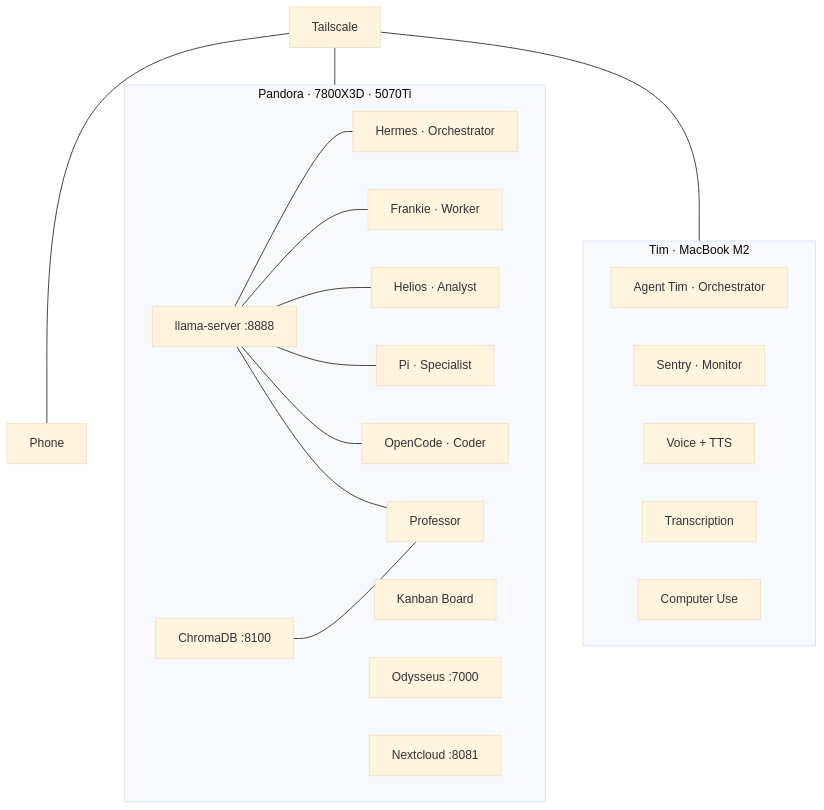
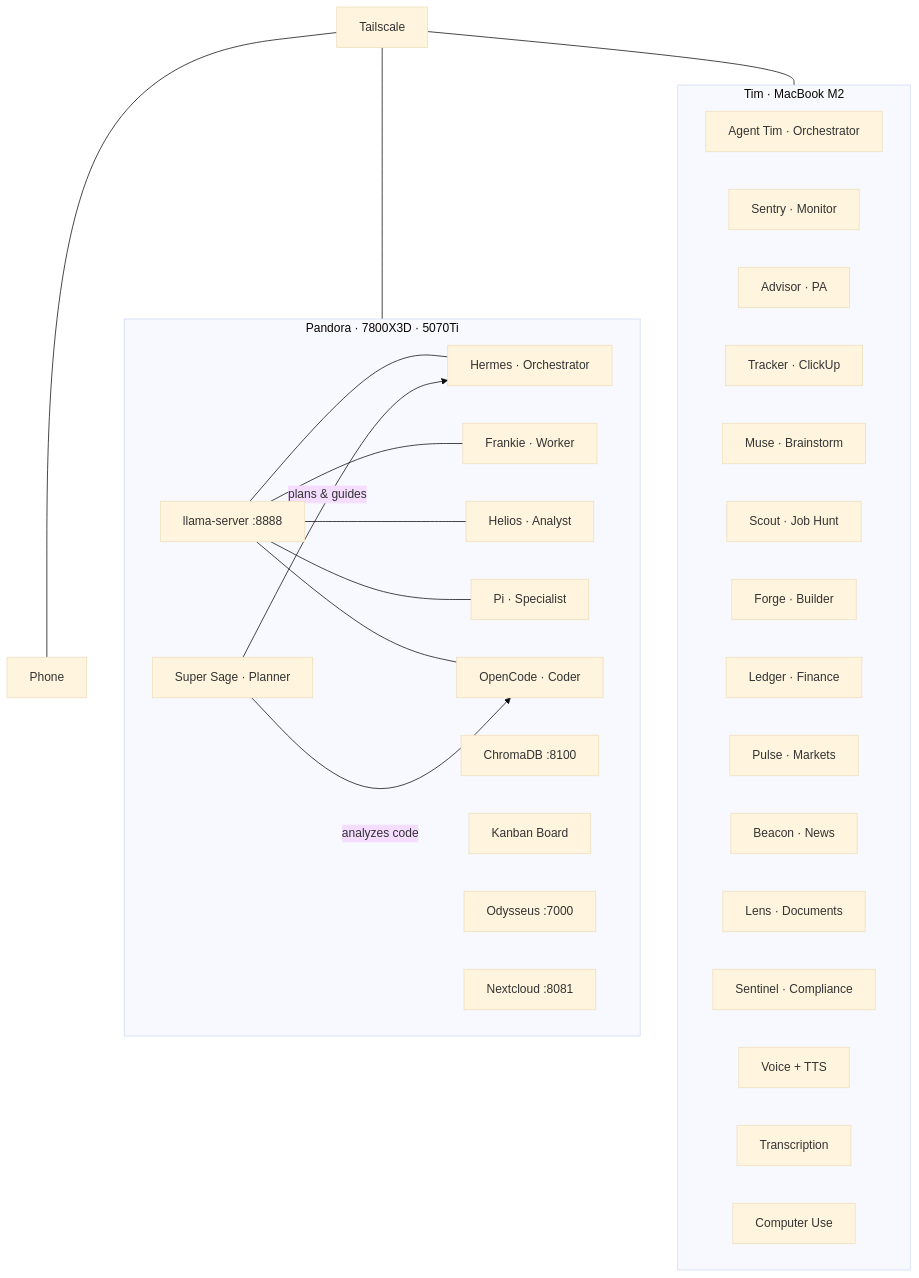
One commit to stopabidi/ai-architecture changed the diagram in JOURNEY.md. Above: the diagram before and after it, drawn with Mermaid (base theme). The commit also changed other lines of this file and 3 other files, not shown here.

First line of the commit message:
Add Super Sage (Claude API + Pi), fix job market origin, Paperclip in March

````diff
--- a/JOURNEY.md
+++ b/JOURNEY.md
@@ -165,33 +155,43 @@
 ```mermaid
 graph TB
     subgraph P[Pandora · 7800X3D · 5070Ti]
         LLM[llama-server :8888]
         VEC[ChromaDB :8100]
         H[Hermes · Orchestrator]
         F[Frankie · Worker]
         HE[Helios · Analyst]
         PI[Pi · Specialist]
         OC[OpenCode · Coder]
+        SS[Super Sage · Planner]
         KB[Kanban Board]
         OD[Odysseus :7000]
         NC[Nextcloud :8081]
-        PR[Professor]
     end
     subgraph T[Tim · MacBook M2]
         AT[Agent Tim · Orchestrator]
         SN[Sentry · Monitor]
+        AD[Advisor · PA]
+        TK[Tracker · ClickUp]
+        MU[Muse · Brainstorm]
+        SC[Scout · Job Hunt]
+        FO[Forge · Builder]
+        LG[Ledger · Finance]
+        PL[Pulse · Markets]
+        BC[Beacon · News]
+        LN[Lens · Documents]
+        SE[Sentinel · Compliance]
         VO[Voice + TTS]
         TR[Transcription]
         CU[Computer Use]
     end
     TS[Tailscale] --- P
     TS --- T
     TS --- Phone
     LLM --- H
     LLM --- F
     LLM --- HE
     LLM --- PI
     LLM --- OC
-    LLM --- PR
-    VEC --- PR
+    SS -->|plans & guides| H
+    SS -->|analyzes code| OC
 ```
````
